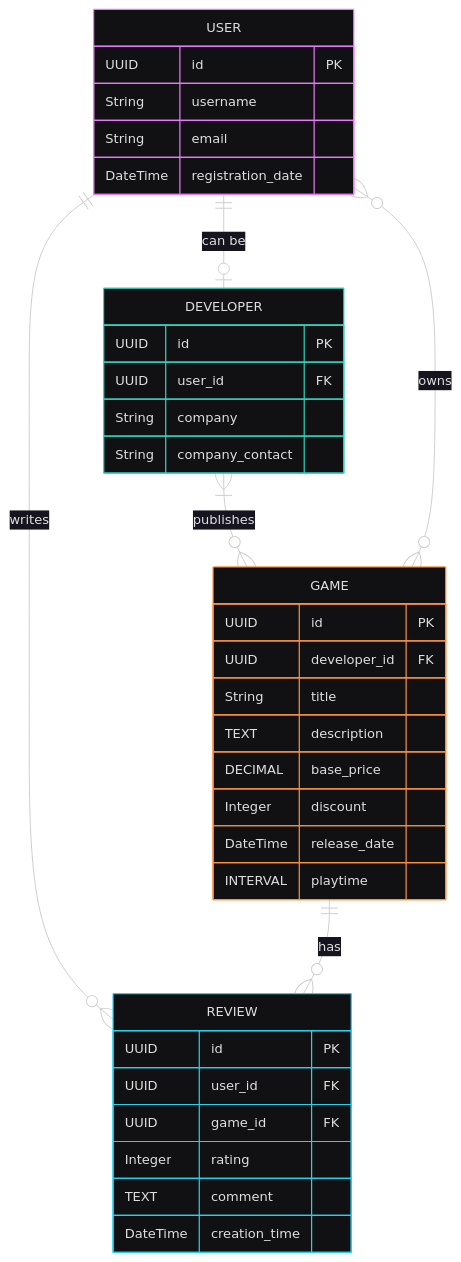
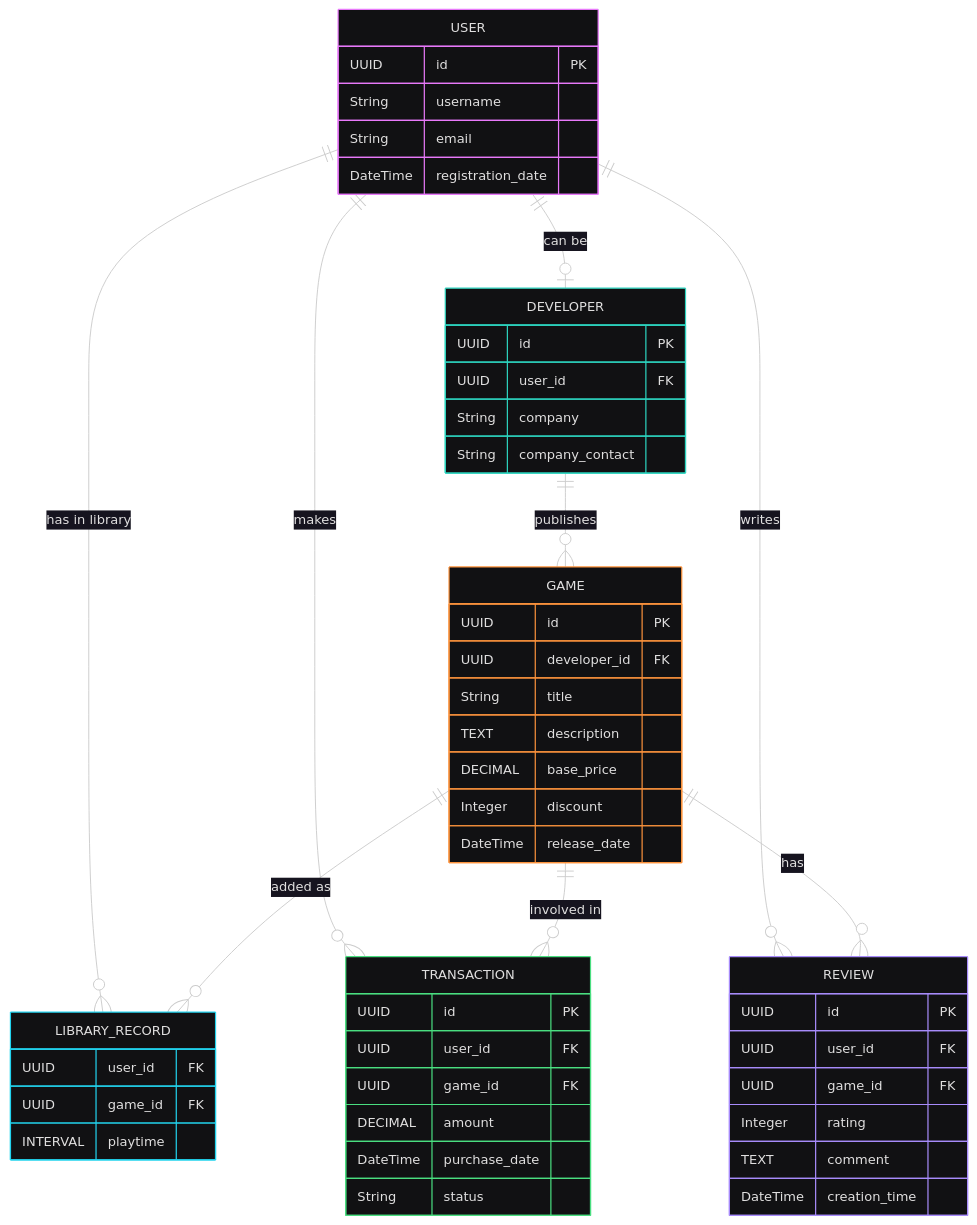
The diagram in lab_1/diagram.mmd (KotiasFeet/kpi_2026), drawn with Mermaid before and after one commit. The commit also changed 7 other files, not shown here.

Commit message:
Lab 2 - track ingame playtime - purchase date

```diff
--- a/lab_1/diagram.mmd
+++ b/lab_1/diagram.mmd
@@ -1,44 +1,61 @@
 ---
 config:
   theme: redux-dark-color
 ---
 erDiagram
-    USER 			||--o| 	DEVELOPER : "can be"
-    DEVELOPER }|--o{ 	GAME 			: "publishes"
-    USER 			}o--o{ 	GAME 			: "owns"
-    USER 			||--o{ 	REVIEW 		: "writes"
-    GAME 			||--o{ 	REVIEW 		: "has"
+    USER 			||--o| 	DEVELOPER 			: "can be"
+    DEVELOPER ||--o{ 	GAME 						: "publishes"
+    USER 			||--o{ 	LIBRARY_RECORD 	: "has in library"
+    GAME 			||--o{ 	LIBRARY_RECORD 	: "added as"
+    USER 			||--o{ 	TRANSACTION 		: "makes"
+    GAME 			||--o{ 	TRANSACTION 		: "involved in"
+    USER 			||--o{ 	REVIEW 					: "writes"
+    GAME 			||--o{ 	REVIEW 					: "has"
 
     USER {
         UUID id PK
         String username
         String email
         DateTime registration_date
     }
 
     DEVELOPER {
         UUID id PK
-				UUID user_id FK
+        UUID user_id FK
         String company
         String company_contact
     }
 
     GAME {
         UUID id PK
-				UUID developer_id FK
+        UUID developer_id FK
         String title
         TEXT description
         DECIMAL base_price
         Integer discount
         DateTime release_date
-				INTERVAL playtime
     }
 
     REVIEW {
         UUID id PK
-				UUID user_id FK
-				UUID game_id FK
+        UUID user_id FK
+        UUID game_id FK
         Integer rating
         TEXT comment
         DateTime creation_time
     }
+
+    LIBRARY_RECORD {
+        UUID user_id FK
+        UUID game_id FK
+        INTERVAL playtime
+    }
+
+    TRANSACTION {
+        UUID id PK
+        UUID user_id FK
+        UUID game_id FK
+        DECIMAL amount
+        DateTime purchase_date
+        String status
+    }
```
